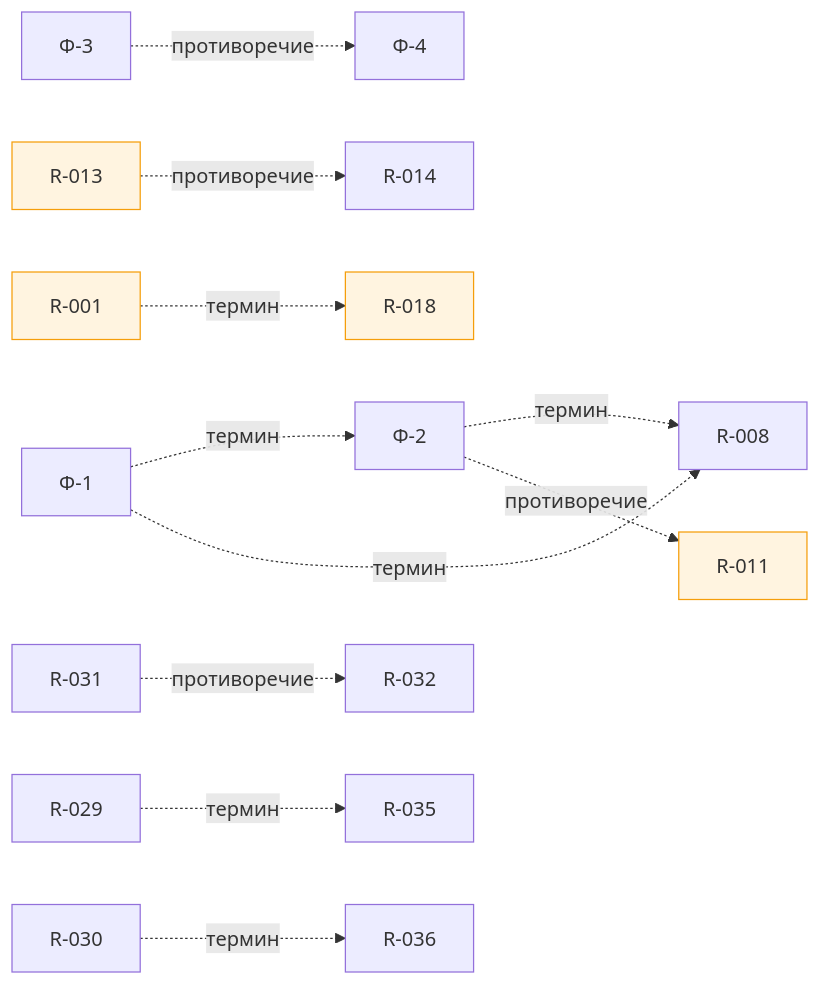
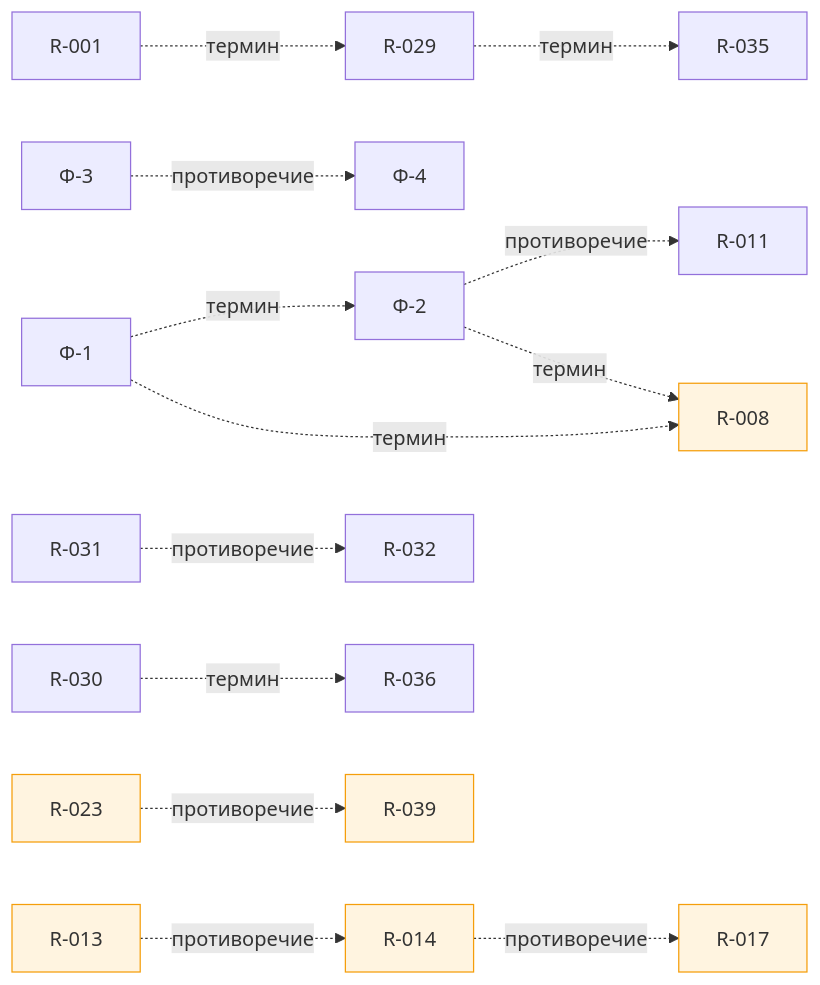
Before and after one commit to Aidana17022007/req-review-agent: the diagram in reports/requirements-report.md, drawn with Mermaid. The commit also changed other lines of this file and 12 other files, not shown here.

````diff
--- a/reports/requirements-report.md
+++ b/reports/requirements-report.md
@@ -1270,33 +1405,39 @@
 ```mermaid
 graph LR
   R_001["R-001"]
   R_002["Ф-1"]
   R_003["Ф-2"]
   R_004["Ф-3"]
   R_005["Ф-4"]
   R_008["R-008"]
   R_011["R-011"]
   R_013["R-013"]
   R_014["R-014"]
-  R_018["R-018"]
+  R_017["R-017"]
+  R_023["R-023"]
   R_029["R-029"]
   R_030["R-030"]
   R_031["R-031"]
   R_032["R-032"]
   R_035["R-035"]
   R_036["R-036"]
+  R_039["R-039"]
   R_013 -. противоречие .-> R_014
   R_004 -. противоречие .-> R_005
+  R_003 -. противоречие .-> R_011
   R_029 -. термин .-> R_035
   R_030 -. термин .-> R_036
   R_031 -. противоречие .-> R_032
   R_002 -. термин .-> R_003
   R_002 -. термин .-> R_008
   R_003 -. термин .-> R_008
-  R_003 -. противоречие .-> R_011
-  R_001 -. термин .-> R_018
-  style R_001 fill:#FFF4E0,stroke:#F59E0B
-  style R_011 fill:#FFF4E0,stroke:#F59E0B
+  R_014 -. противоречие .-> R_017
+  R_023 -. противоречие .-> R_039
+  R_001 -. термин .-> R_029
+  style R_008 fill:#FFF4E0,stroke:#F59E0B
   style R_013 fill:#FFF4E0,stroke:#F59E0B
-  style R_018 fill:#FFF4E0,stroke:#F59E0B
+  style R_014 fill:#FFF4E0,stroke:#F59E0B
+  style R_017 fill:#FFF4E0,stroke:#F59E0B
+  style R_023 fill:#FFF4E0,stroke:#F59E0B
+  style R_039 fill:#FFF4E0,stroke:#F59E0B
 ```
````
